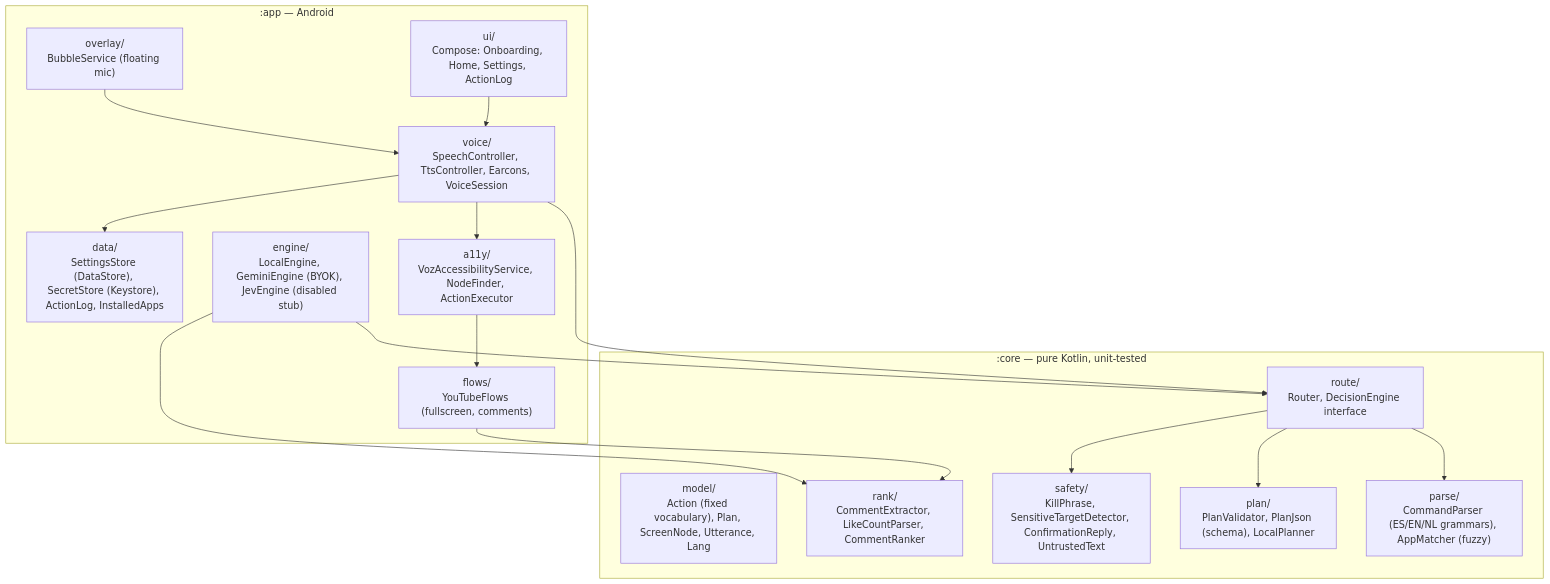
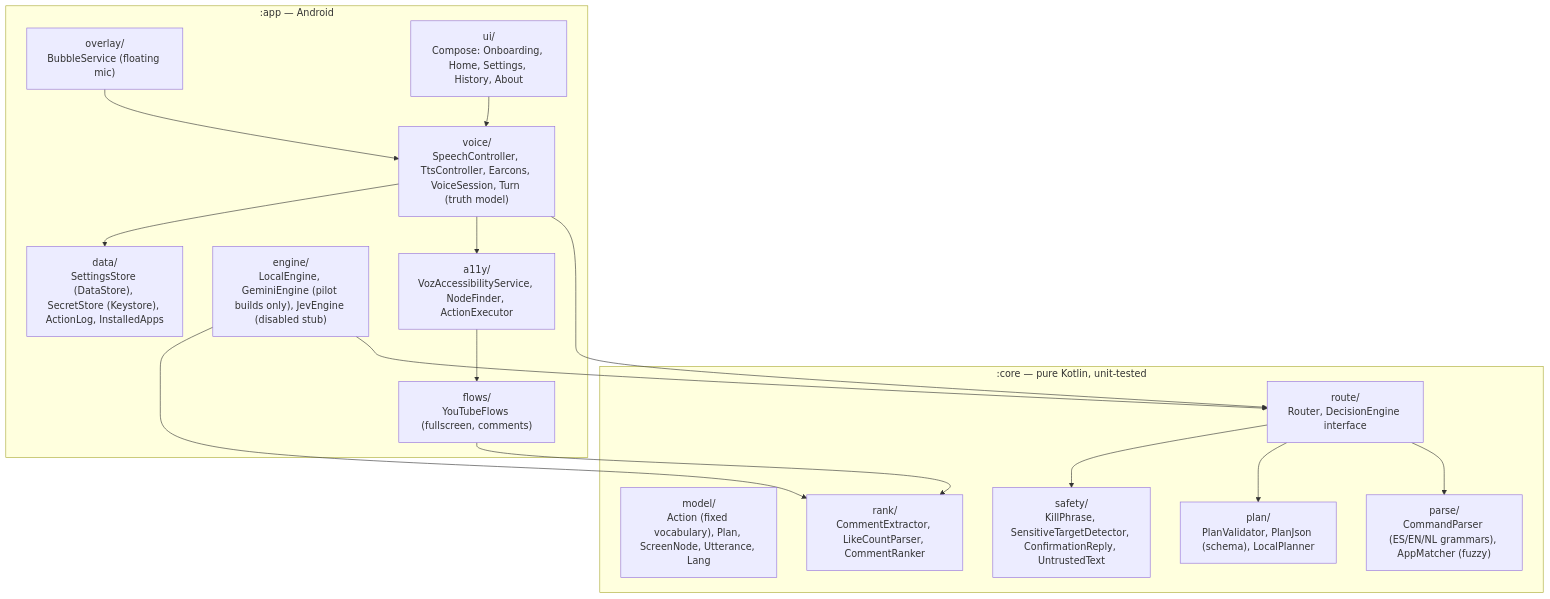
The first of 3 diagrams in docs/ARCHITECTURE.md (abrahamhl/voz), drawn with Mermaid before and after one commit. The commit also changed other lines of this file and 13 other files, not shown here.

````diff
--- a/docs/ARCHITECTURE.md
+++ b/docs/ARCHITECTURE.md
@@ -7,32 +7,32 @@
 ```mermaid
 flowchart TB
   subgraph core[":core — pure Kotlin, unit-tested"]
     model["model/<br/>Action (fixed vocabulary), Plan, ScreenNode, Utterance, Lang"]
     parse["parse/<br/>CommandParser (ES/EN/NL grammars), AppMatcher (fuzzy)"]
     route["route/<br/>Router, DecisionEngine interface"]
     plan["plan/<br/>PlanValidator, PlanJson (schema), LocalPlanner"]
     rank["rank/<br/>CommentExtractor, LikeCountParser, CommentRanker"]
     safety["safety/<br/>KillPhrase, SensitiveTargetDetector, ConfirmationReply, UntrustedText"]
   end
   subgraph app[":app — Android"]
     a11y["a11y/<br/>VozAccessibilityService, NodeFinder, ActionExecutor"]
-    voice["voice/<br/>SpeechController, TtsController, Earcons, VoiceSession"]
+    voice["voice/<br/>SpeechController, TtsController, Earcons, VoiceSession, Turn (truth model)"]
     overlay["overlay/<br/>BubbleService (floating mic)"]
-    engine["engine/<br/>LocalEngine, GeminiEngine (BYOK), JevEngine (disabled stub)"]
+    engine["engine/<br/>LocalEngine, GeminiEngine (pilot builds only), JevEngine (disabled stub)"]
     flows["flows/<br/>YouTubeFlows (fullscreen, comments)"]
-    ui["ui/<br/>Compose: Onboarding, Home, Settings, ActionLog"]
+    ui["ui/<br/>Compose: Onboarding, Home, Settings, History, About"]
     data["data/<br/>SettingsStore (DataStore), SecretStore (Keystore), ActionLog, InstalledApps"]
   end
   voice --> route
   route --> parse
   route --> plan
   route --> safety
   engine --> route
   engine --> rank
   a11y --> flows
   flows --> rank
   voice --> a11y
   ui --> voice
   overlay --> voice
   voice --> data
 ```
````
